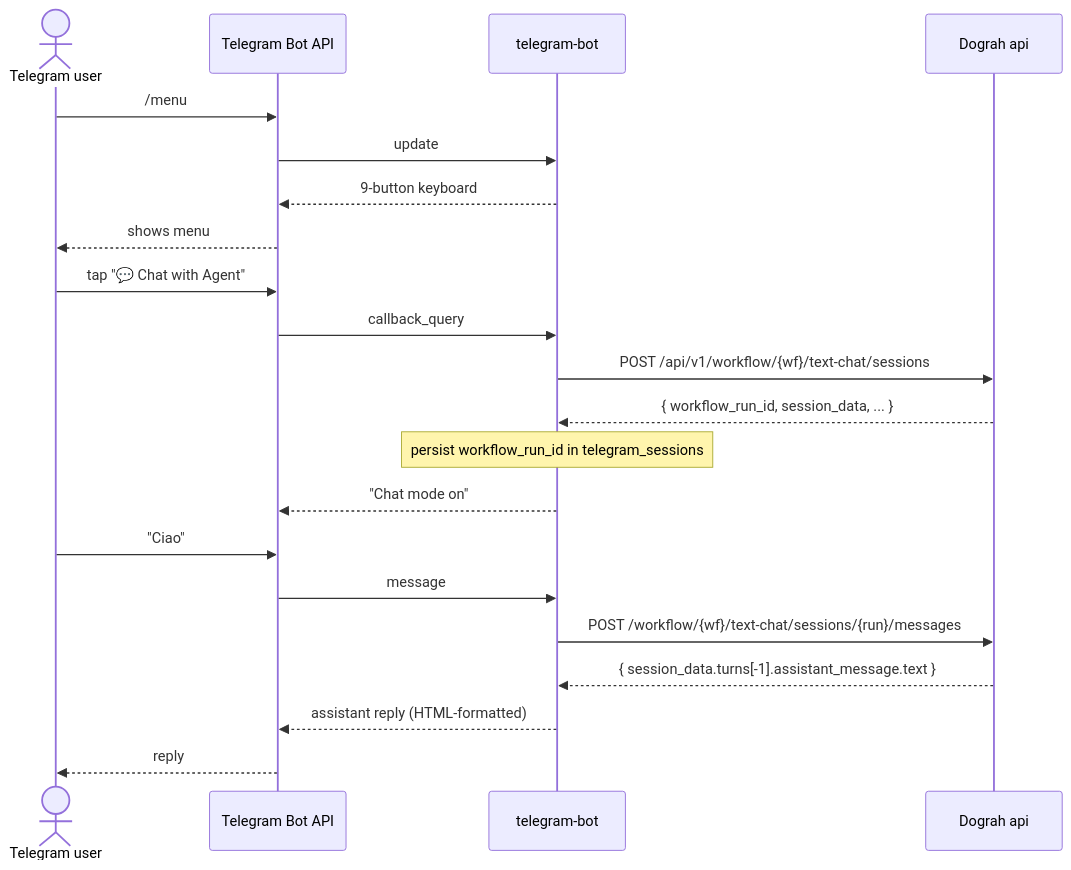
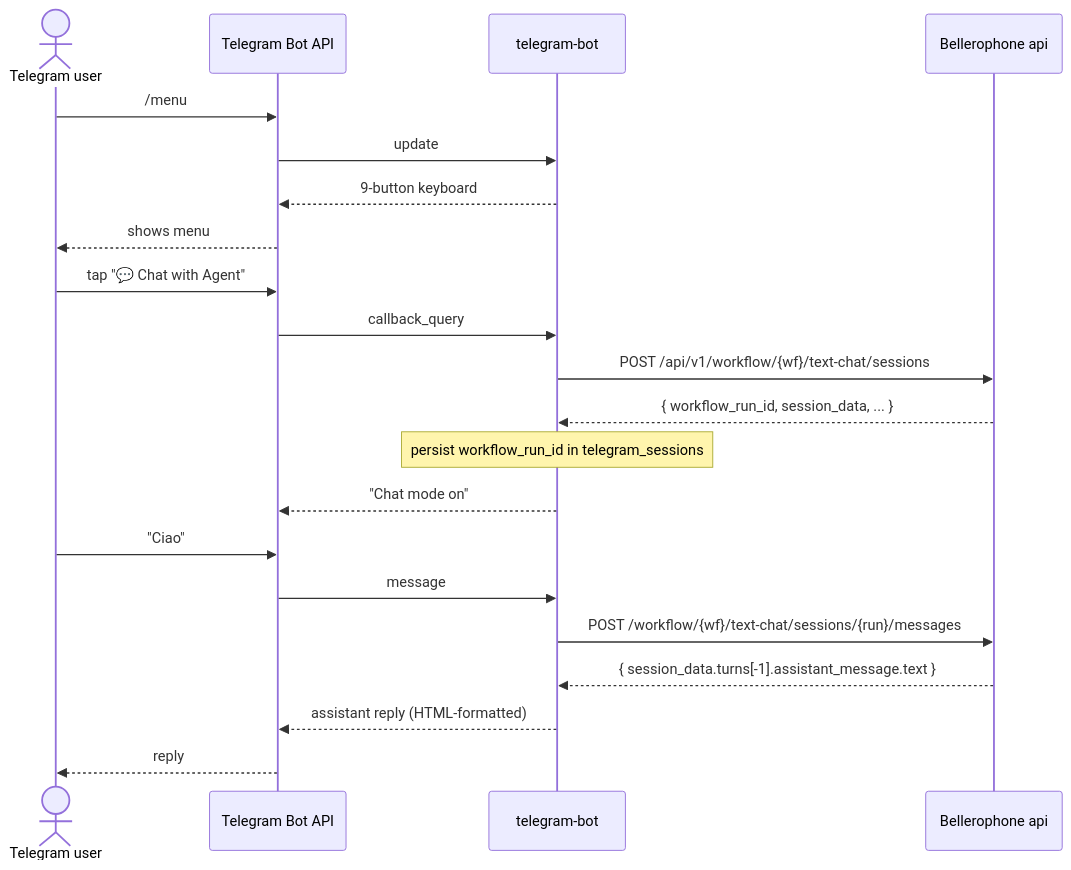
Before and after one commit to stefandsl/dograh: the second of 4 diagrams in docs/channels/architecture.md, drawn with Mermaid. The commit also changed other lines of this file and 84 other files, not shown here.

First line of the commit message:
docs: rebrand Dograh -> Bellerophone (prose, headings, logos)

````diff
--- a/docs/channels/architecture.md
+++ b/docs/channels/architecture.md
@@ -44,26 +44,26 @@
 ```mermaid
 sequenceDiagram
     actor U as Telegram user
     participant TG as Telegram Bot API
     participant B as telegram-bot
-    participant A as Dograh api
+    participant A as Bellerophone api
 
     U->>TG: /menu
     TG->>B: update
     B-->>TG: 9-button keyboard
     TG-->>U: shows menu
 
     U->>TG: tap "💬 Chat with Agent"
     TG->>B: callback_query
     B->>A: POST /api/v1/workflow/{wf}/text-chat/sessions
     A-->>B: { workflow_run_id, session_data, ... }
     Note over B: persist workflow_run_id in telegram_sessions
     B-->>TG: "Chat mode on"
 
     U->>TG: "Ciao"
     TG->>B: message
     B->>A: POST /workflow/{wf}/text-chat/sessions/{run}/messages
     A-->>B: { session_data.turns[-1].assistant_message.text }
     B-->>TG: assistant reply (HTML-formatted)
     TG-->>U: reply
 ```
````
